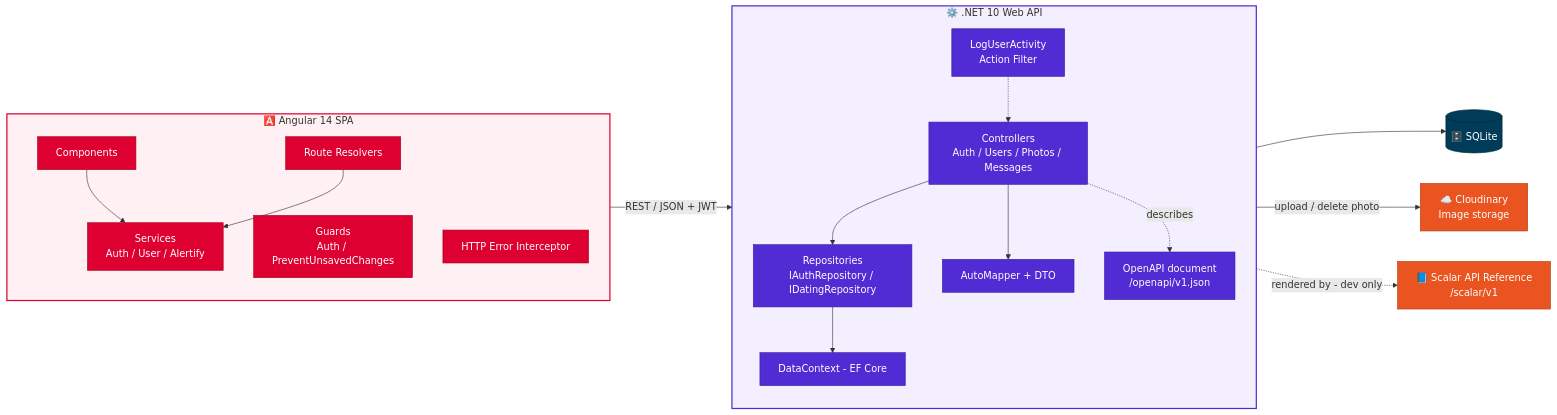
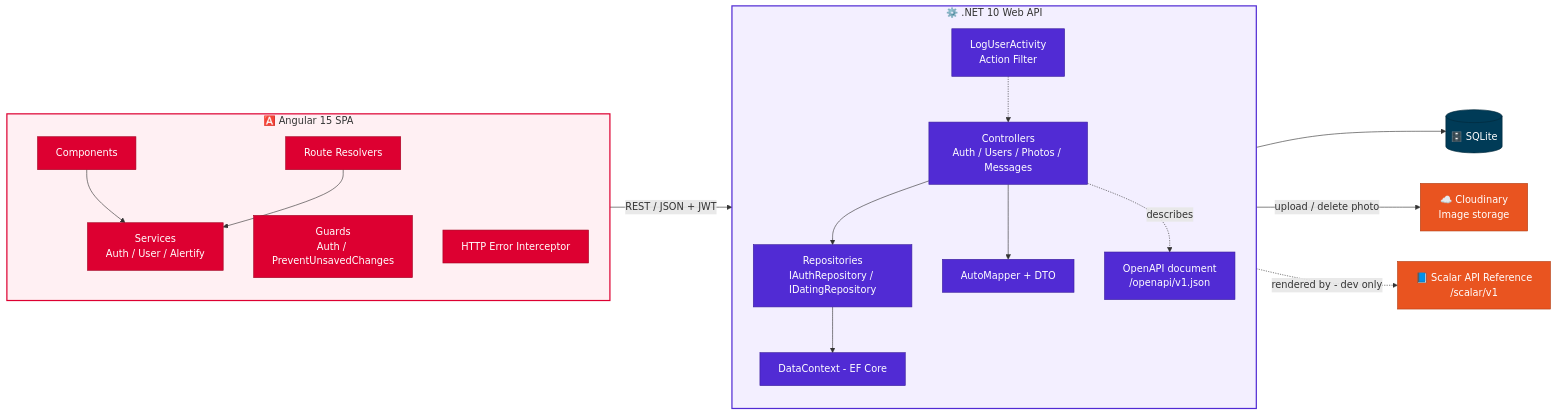
The first of 6 diagrams in README.md (NisanurBulut/KimOkurAPP), drawn with Mermaid before and after one commit. The commit also changed other lines of this file and 13 other files, not shown here.

````diff
--- a/README.md
+++ b/README.md
@@ -166,40 +166,40 @@
 ```mermaid
 flowchart LR
-    subgraph SPA["🅰️ Angular 14 SPA"]
+    subgraph SPA["🅰️ Angular 15 SPA"]
         direction TB
         CMP["Components"] --> SRV["Services<br/>Auth / User / Alertify"]
         RES["Route Resolvers"] --> SRV
         GRD["Guards<br/>Auth / PreventUnsavedChanges"]
         INT["HTTP Error Interceptor"]
     end
 
     subgraph API["⚙️ .NET 10 Web API"]
         direction TB
         CTR["Controllers<br/>Auth / Users / Photos / Messages"] --> REP["Repositories<br/>IAuthRepository / IDatingRepository"]
         CTR --> MAP["AutoMapper + DTO"]
         FLT["LogUserActivity<br/>Action Filter"] -.-> CTR
         REP --> CTX["DataContext - EF Core"]
         OAS["OpenAPI document<br/>/openapi/v1.json"]
     end
 
     DB[("🗄️ SQLite")]
     CLD["☁️ Cloudinary<br/>Image storage"]
     SCL["📘 Scalar API Reference<br/>/scalar/v1"]
 
     SRV -->|"REST / JSON + JWT"| CTR
     CTX --> DB
     CTR -->|"upload / delete photo"| CLD
     CTR -.->|"describes"| OAS
     OAS -.->|"rendered by - dev only"| SCL
 
     classDef spa fill:#DD0031,stroke:#A3001F,color:#ffffff
     classDef api fill:#512BD4,stroke:#3A1E9C,color:#ffffff
     classDef ext fill:#E95420,stroke:#B33E14,color:#ffffff
     classDef store fill:#003B57,stroke:#00283B,color:#ffffff
     class CMP,SRV,RES,GRD,INT spa
     class CTR,REP,MAP,FLT,CTX,OAS api
     class CLD,SCL ext
     class DB store
     style SPA fill:#FFF0F3,stroke:#DD0031,stroke-width:2px
     style API fill:#F3EFFF,stroke:#512BD4,stroke-width:2px
 ```
````
